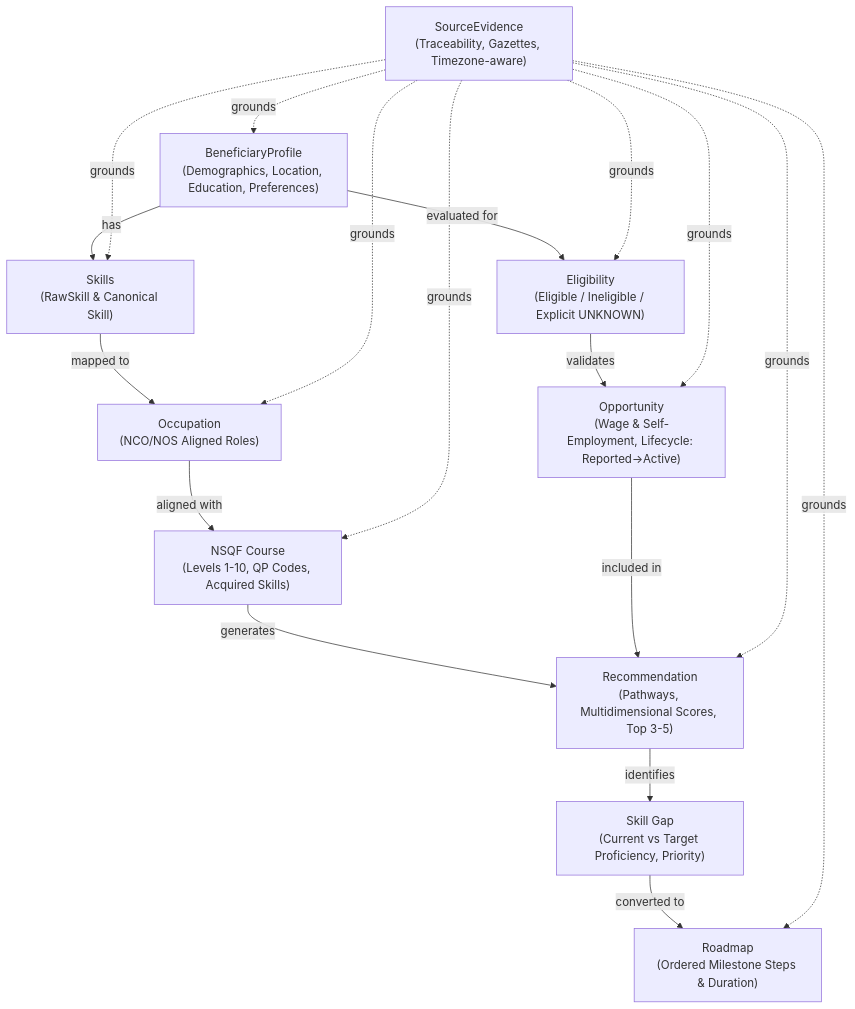
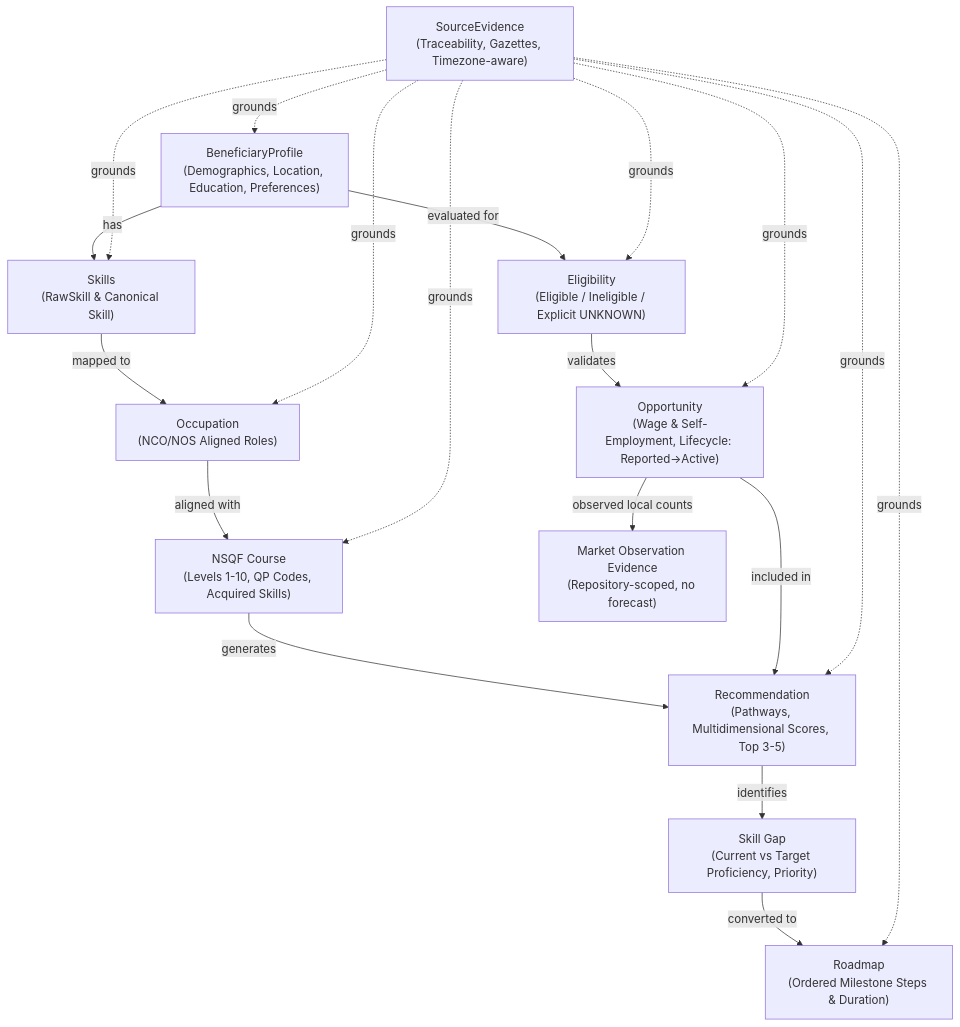
One commit to Akshat0029/Livelihood-Assistant changed the first of 2 diagrams in docs/architecture.md. Above: the diagram before and after it, drawn with Mermaid. The commit also changed other lines of this file and 13 other files, not shown here.

Commit message:
feat: add opportunity intelligence and market demand

````diff
--- a/docs/architecture.md
+++ b/docs/architecture.md
@@ -10,32 +10,33 @@
 ```mermaid
 graph TD
     Beneficiary["BeneficiaryProfile<br/>(Demographics, Location, Education, Preferences)"]
     Skills["Skills<br/>(RawSkill & Canonical Skill)"]
     Occupation["Occupation<br/>(NCO/NOS Aligned Roles)"]
     NSQFCourse["NSQF Course<br/>(Levels 1-10, QP Codes, Acquired Skills)"]
     Eligibility["Eligibility<br/>(Eligible / Ineligible / Explicit UNKNOWN)"]
     Opportunity["Opportunity<br/>(Wage & Self-Employment, Lifecycle: Reported->Active)"]
     Recommendation["Recommendation<br/>(Pathways, Multidimensional Scores, Top 3-5)"]
     SkillGap["Skill Gap<br/>(Current vs Target Proficiency, Priority)"]
     Roadmap["Roadmap<br/>(Ordered Milestone Steps & Duration)"]
     SourceEvidence["SourceEvidence<br/>(Traceability, Gazettes, Timezone-aware)"]
 
     Beneficiary -->|has| Skills
     Skills -->|mapped to| Occupation
     Occupation -->|aligned with| NSQFCourse
     Beneficiary -->|evaluated for| Eligibility
     Eligibility -->|validates| Opportunity
     NSQFCourse -->|generates| Recommendation
     Opportunity -->|included in| Recommendation
+    Opportunity -->|observed local counts| MarketEvidence["Market Observation Evidence<br/>(Repository-scoped, no forecast)"]
     Recommendation -->|identifies| SkillGap
     SkillGap -->|converted to| Roadmap
 
     SourceEvidence -.->|grounds| Beneficiary
     SourceEvidence -.->|grounds| Skills
     SourceEvidence -.->|grounds| Occupation
     SourceEvidence -.->|grounds| NSQFCourse
     SourceEvidence -.->|grounds| Eligibility
     SourceEvidence -.->|grounds| Opportunity
     SourceEvidence -.->|grounds| Recommendation
     SourceEvidence -.->|grounds| Roadmap
 ```
````
